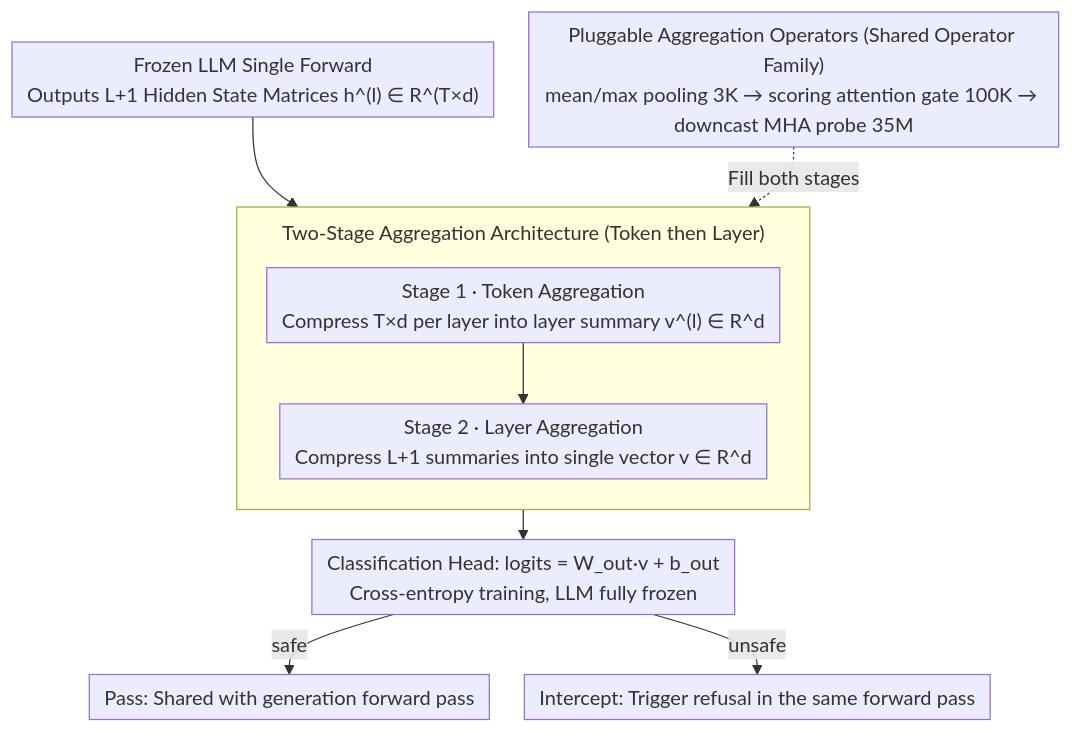
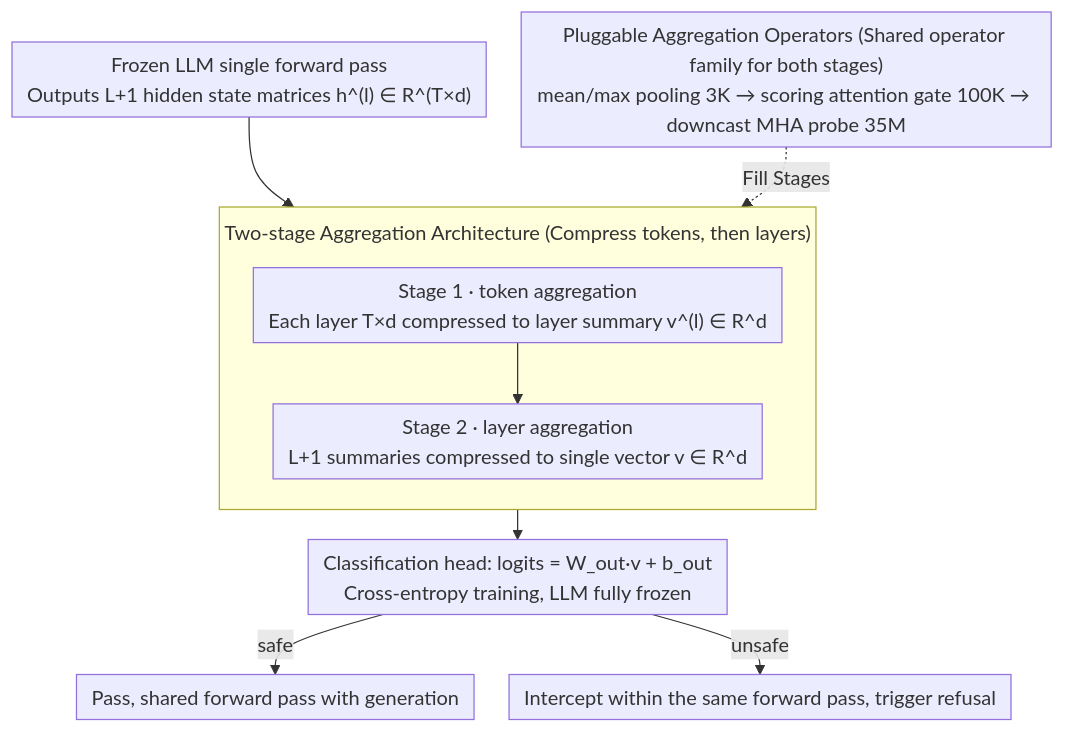
Before and after one commit to zhaoyang97/Paper-Notes-en: the diagram in docs/ACL2026/model_compression/a_bertology_view_of_llm_orchestrations_token-_and_layer-selective_probes_for_eff.md, drawn with Mermaid. The commit also changed other lines of this file and 5084 other files, not shown here.

````diff
--- a/docs/ACL2026/model_compression/a_bertology_view_of_llm_orchestrations_token-_and_layer-selective_probes_for_eff.md
+++ b/docs/ACL2026/model_compression/a_bertology_view_of_llm_orchestrations_token-_and_layer-selective_probes_for_eff.md
@@ -49,17 +49,17 @@
 ```mermaid
 %%{init: {'flowchart': {'rankSpacing': 24, 'nodeSpacing': 28, 'padding': 6, 'wrappingWidth': 400, 'subGraphTitleMargin': {'top': 8, 'bottom': 16}}}}%%
 flowchart TD
-    A["Frozen LLM Single Forward<br/>Outputs L+1 Hidden State Matrices h^(l) ∈ R^(T×d)"]
-    subgraph AGG["Two-Stage Aggregation Architecture (Token then Layer)"]
+    A["Frozen LLM single forward pass<br/>Outputs L+1 hidden state matrices h^(l) ∈ R^(T×d)"]
+    subgraph AGG["Two-stage Aggregation Architecture (Compress tokens, then layers)"]
         direction TB
-        S1["Stage 1 · Token Aggregation<br/>Compress T×d per layer into layer summary v^(l) ∈ R^d"]
-        S2["Stage 2 · Layer Aggregation<br/>Compress L+1 summaries into single vector v ∈ R^d"]
+        S1["Stage 1 · token aggregation<br/>Each layer T×d compressed to layer summary v^(l) ∈ R^d"]
+        S2["Stage 2 · layer aggregation<br/>L+1 summaries compressed to single vector v ∈ R^d"]
         S1 --> S2
     end
-    OP["Pluggable Aggregation Operators (Shared Operator Family)<br/>mean/max pooling 3K → scoring attention gate 100K → downcast MHA probe 35M"]
+    OP["Pluggable Aggregation Operators (Shared operator family for both stages)<br/>mean/max pooling 3K → scoring attention gate 100K → downcast MHA probe 35M"]
     A --> AGG
-    OP -.Fill both stages.-> AGG
-    AGG --> H["Classification Head: logits = W_out·v + b_out<br/>Cross-entropy training, LLM fully frozen"]
-    H -->|"safe"| G["Pass: Shared with generation forward pass"]
-    H -->|"unsafe"| B["Intercept: Trigger refusal in the same forward pass"]
+    OP -.Fill Stages.-> AGG
+    AGG --> H["Classification head: logits = W_out·v + b_out<br/>Cross-entropy training, LLM fully frozen"]
+    H -->|"safe"| G["Pass, shared forward pass with generation"]
+    H -->|"unsafe"| B["Intercept within the same forward pass, trigger refusal"]
 ```
````
